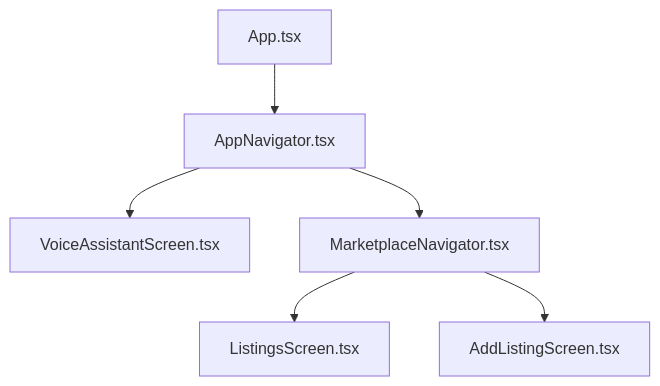
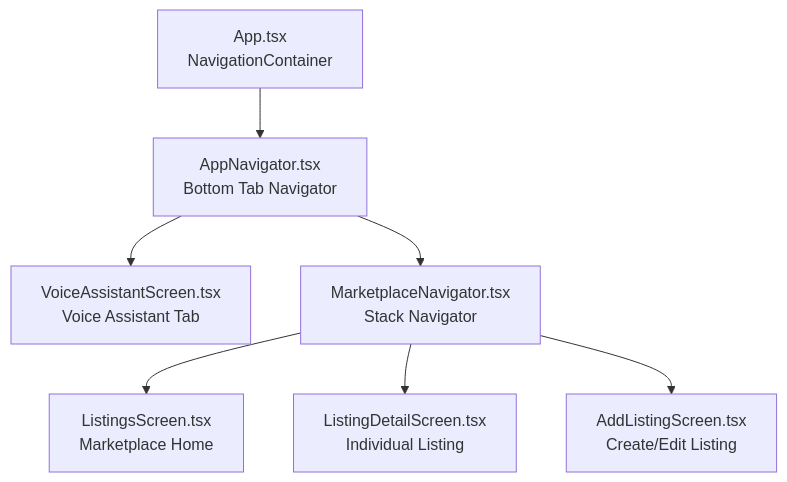
One commit to Aiman-Naeem/KisaanDost_AI_hackathon_Pakistan changed the first of 5 diagrams in .qoder/repowiki/en/content/Navigation System.md. Above: the diagram before and after it, drawn with Mermaid. The commit also changed other lines of this file and 42 other files, not shown here.

Commit message:
Day 2: farmer identity persistence, voice UX polish, listing detail/edit/call, shared design system, QA pass

````diff
--- a/.qoder/repowiki/en/content/Navigation System.md
+++ b/.qoder/repowiki/en/content/Navigation System.md
@@ -36,8 +50,9 @@
 ```mermaid
 graph TB
-A["App.tsx"] --> B["AppNavigator.tsx"]
-B --> C["VoiceAssistantScreen.tsx"]
-B --> D["MarketplaceNavigator.tsx"]
-D --> E["ListingsScreen.tsx"]
-D --> F["AddListingScreen.tsx"]
+A["App.tsx<br/>NavigationContainer"] --> B["AppNavigator.tsx<br/>Bottom Tab Navigator"]
+B --> C["VoiceAssistantScreen.tsx<br/>Voice Assistant Tab"]
+B --> D["MarketplaceNavigator.tsx<br/>Stack Navigator"]
+D --> E["ListingsScreen.tsx<br/>Marketplace Home"]
+D --> F["ListingDetailScreen.tsx<br/>Individual Listing"]
+D --> G["AddListingScreen.tsx<br/>Create/Edit Listing"]
 ```
````
